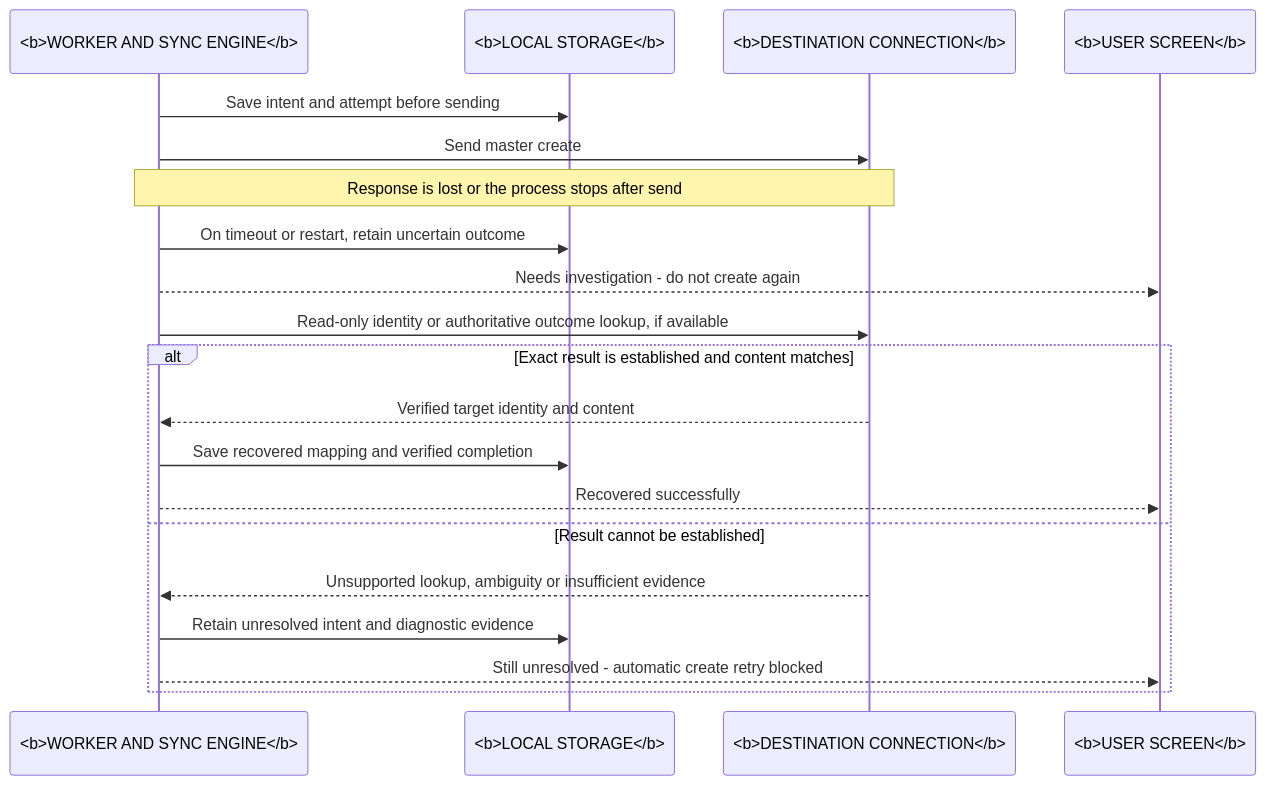
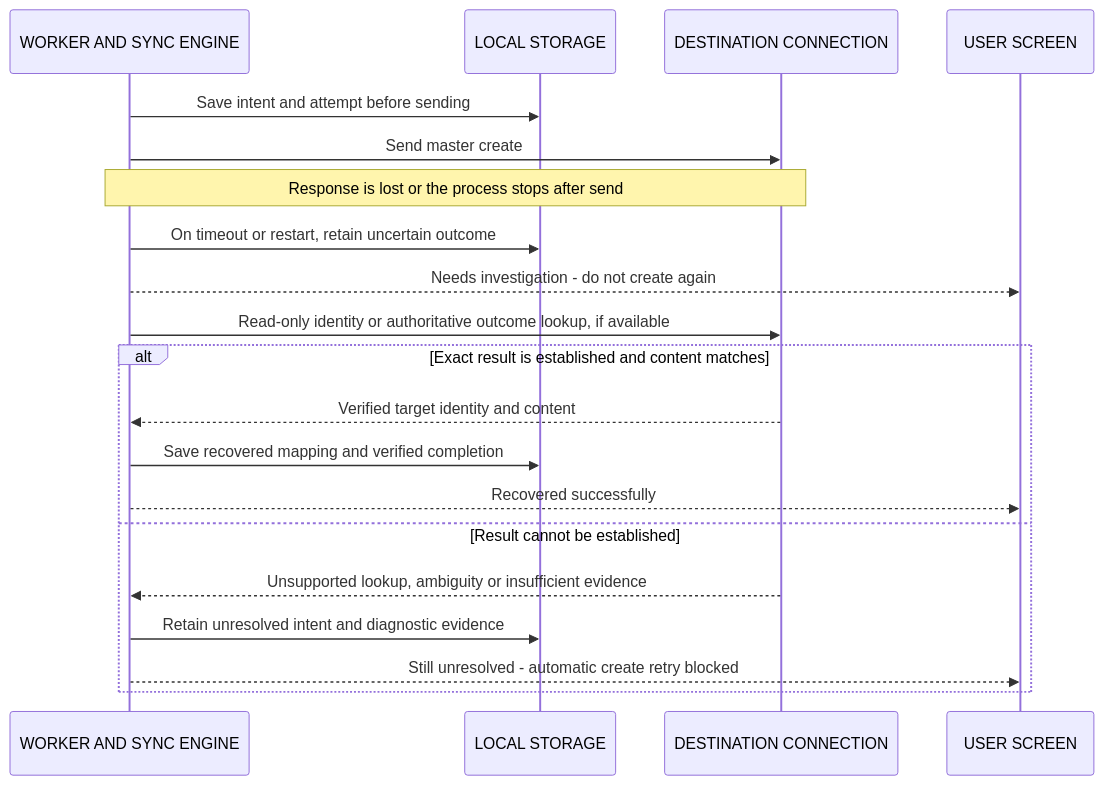
Before and after one commit to surjeetprj/tally-connector: the third of 3 diagrams in docs/master-sync/MASTER_SYNC_SEQUENCES.md, drawn with Mermaid. The commit also changed other lines of this file and 31 other files, not shown here.

First line of the commit message:
docs: add reproducible SVG exports with rendered Mermaid references

````diff
--- a/docs/master-sync/MASTER_SYNC_SEQUENCES.md
+++ b/docs/master-sync/MASTER_SYNC_SEQUENCES.md
@@ -95,23 +130,25 @@
 ```mermaid
 sequenceDiagram
-    participant WORK as <b>WORKER AND SYNC ENGINE</b>
-    participant DATA as <b>LOCAL STORAGE</b>
-    participant TARGET as <b>DESTINATION CONNECTION</b>
-    participant UI as <b>USER SCREEN</b>
+    accTitle: Uncertain master write recovery
+    accDescr: Investigate a possibly applied create; record verified recovery or keep uncertainty visible without automatically creating again.
+    participant WORK as WORKER AND SYNC ENGINE
+    participant DATA as LOCAL STORAGE
+    participant TARGET as DESTINATION CONNECTION
+    participant UI as USER SCREEN
 
     WORK->>DATA: Save intent and attempt before sending
     WORK->>TARGET: Send master create
     Note over WORK,TARGET: Response is lost or the process stops after send
     WORK->>DATA: On timeout or restart, retain uncertain outcome
     WORK-->>UI: Needs investigation - do not create again
     WORK->>TARGET: Read-only identity or authoritative outcome lookup, if available
     alt Exact result is established and content matches
         TARGET-->>WORK: Verified target identity and content
         WORK->>DATA: Save recovered mapping and verified completion
         WORK-->>UI: Recovered successfully
     else Result cannot be established
         TARGET-->>WORK: Unsupported lookup, ambiguity or insufficient evidence
         WORK->>DATA: Retain unresolved intent and diagnostic evidence
         WORK-->>UI: Still unresolved - automatic create retry blocked
     end
 ```
````
